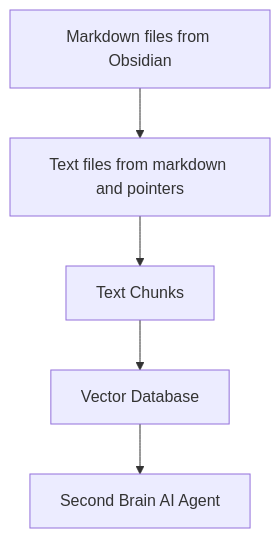
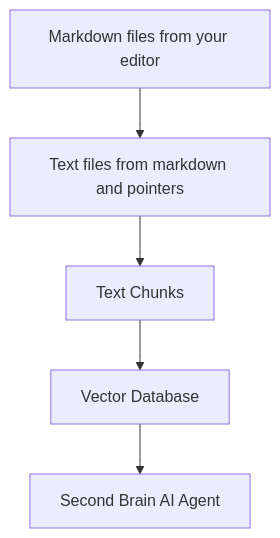
Before and after one commit to flepied/second-brain-agent: the diagram in README.md, drawn with Mermaid. The commit also changed 5 other files, not shown here.

````diff
--- a/README.md
+++ b/README.md
@@ -42,4 +42,4 @@
 ```mermaid
 graph TD
-A[Markdown files from Obsidian]-->B[Text files from markdown and pointers]-->C[Text Chunks]-->D[Vector Database]-->E[Second Brain AI Agent]
+A[Markdown files from your editor]-->B[Text files from markdown and pointers]-->C[Text Chunks]-->D[Vector Database]-->E[Second Brain AI Agent]
 ```
````
